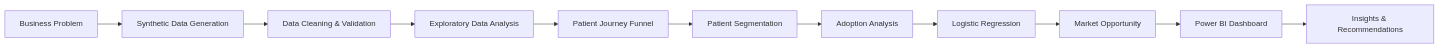
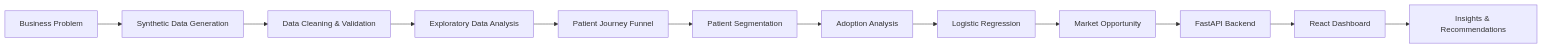
Before and after one commit to sajal-tyagi/patient-journey-treatment-adoption-analytics: the second of 2 diagrams in README.md, drawn with Mermaid. The commit also changed other lines of this file and 7 other files, not shown here.

````diff
--- a/README.md
+++ b/README.md
@@ -185,13 +191,14 @@
 ```mermaid
 flowchart LR
     A[Business Problem] --> B[Synthetic Data Generation]
     B --> C[Data Cleaning & Validation]
     C --> D[Exploratory Data Analysis]
     D --> E[Patient Journey Funnel]
     E --> F[Patient Segmentation]
     F --> G[Adoption Analysis]
     G --> H[Logistic Regression]
     H --> I[Market Opportunity]
-    I --> J[Power BI Dashboard]
-    J --> K[Insights & Recommendations]
+    I --> J[FastAPI Backend]
+    J --> K[React Dashboard]
+    K --> L[Insights & Recommendations]
 ```
````
